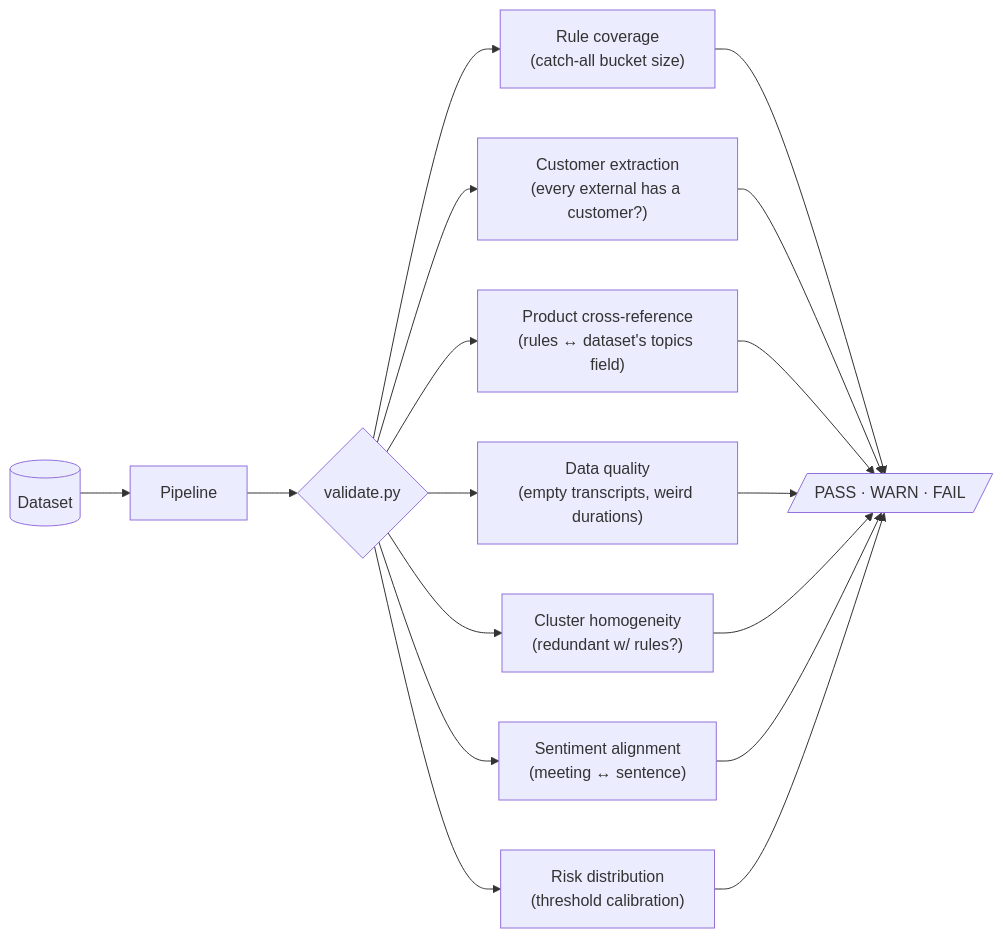
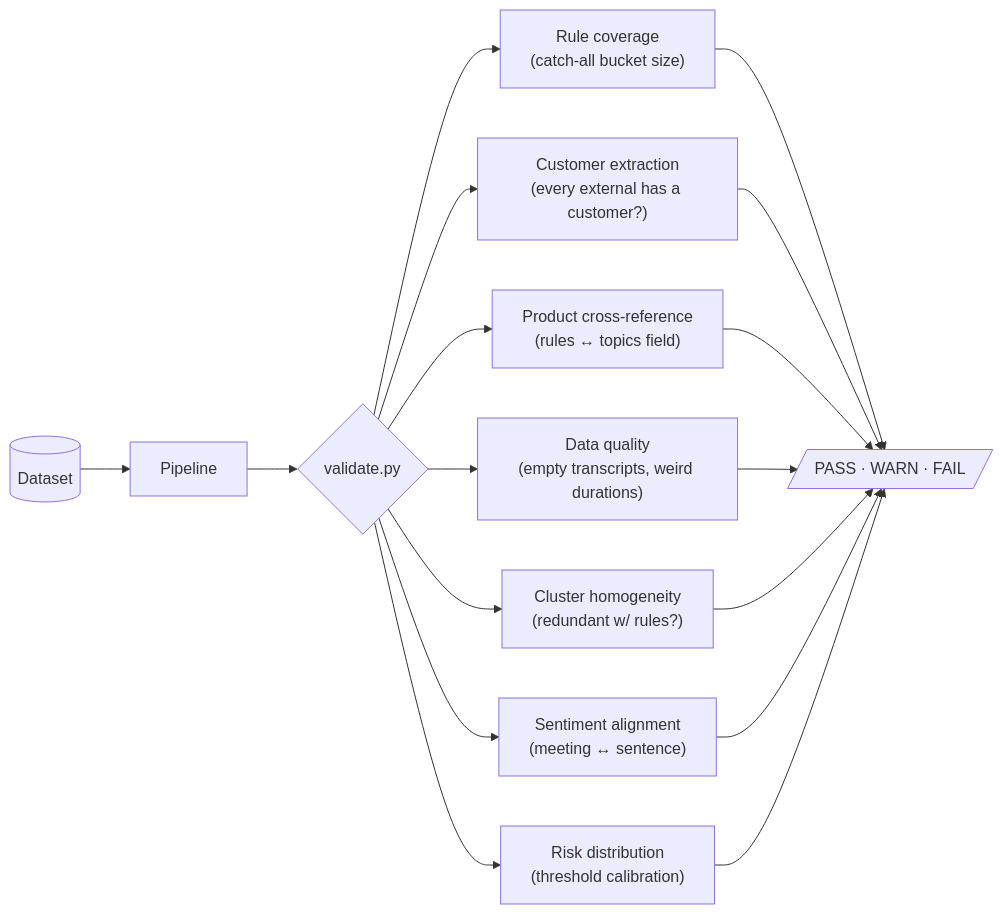
One commit to r2st/rubrik changed the sixth of 6 diagrams in docs/ARCHITECTURE.md. Above: the diagram before and after it, drawn with Mermaid. The commit also changed other lines of this file and 6 other files, not shown here.

````diff
--- a/docs/ARCHITECTURE.md
+++ b/docs/ARCHITECTURE.md
@@ -266,21 +250,21 @@
 ```mermaid
 flowchart LR
     Data[(Dataset)] --> Pipeline[Pipeline]
     Pipeline --> Audit{validate.py}
 
     Audit --> C1["Rule coverage<br/>(catch-all bucket size)"]
     Audit --> C2["Customer extraction<br/>(every external has a customer?)"]
-    Audit --> C3["Product cross-reference<br/>(rules ↔ dataset's topics field)"]
+    Audit --> C3["Product cross-reference<br/>(rules ↔ topics field)"]
     Audit --> C4["Data quality<br/>(empty transcripts, weird durations)"]
     Audit --> C5["Cluster homogeneity<br/>(redundant w/ rules?)"]
     Audit --> C6["Sentiment alignment<br/>(meeting ↔ sentence)"]
     Audit --> C7["Risk distribution<br/>(threshold calibration)"]
 
     C1 --> Report[/PASS · WARN · FAIL/]
     C2 --> Report
     C3 --> Report
     C4 --> Report
     C5 --> Report
     C6 --> Report
     C7 --> Report
 ```
````
